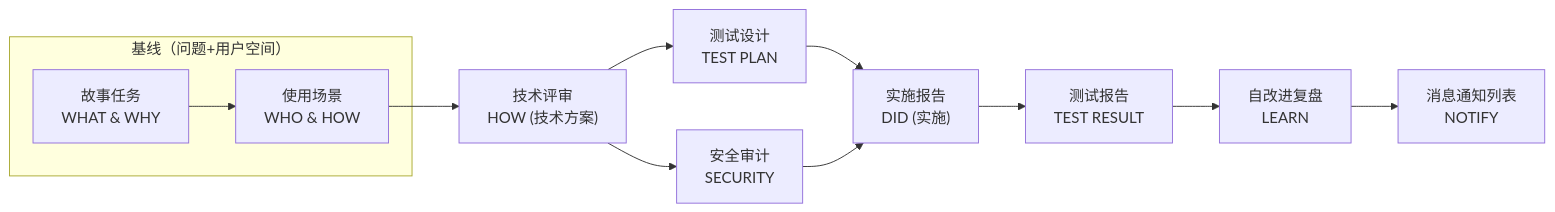
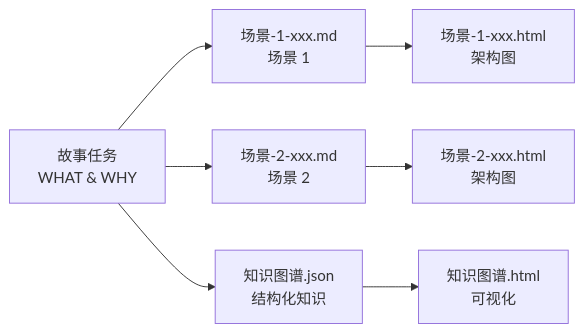
One commit to effiy/YrY changed the second of 7 diagrams in skills/rui/formulas.md. Above: the diagram before and after it, drawn with Mermaid. The commit also changed other lines of this file and 37 other files, not shown here.

````diff
--- a/skills/rui/formulas.md
+++ b/skills/rui/formulas.md
@@ -81,16 +69,9 @@
 ```mermaid
 flowchart LR
-    subgraph 基线["基线（问题+用户空间）"]
-        01["故事任务<br/>WHAT & WHY"]
-        02["使用场景<br/>WHO & HOW"]
-    end
-    01 --> 02
-    02 --> 03["技术评审<br/>HOW (技术方案)"]
-    03 --> 04["测试设计<br/>TEST PLAN"]
-    03 --> 05["安全审计<br/>SECURITY"]
-    04 --> 06["实施报告<br/>DID (实施)"]
-    05 --> 06
-    06 --> 07["测试报告<br/>TEST RESULT"]
-    07 --> 08["自改进复盘<br/>LEARN"]
-    08 --> 00["消息通知列表<br/>NOTIFY"]
+    01["故事任务<br/>WHAT & WHY"] --> 02["场景-1-xxx.md<br/>场景 1"]:::scene
+    01 --> 03["场景-2-xxx.md<br/>场景 2"]:::scene
+    02 --> 04["场景-1-xxx.html<br/>架构图"]:::arch
+    03 --> 05["场景-2-xxx.html<br/>架构图"]:::arch
+    01 --> 06["知识图谱.json<br/>结构化知识"]:::kg
+    06 --> 07["知识图谱.html<br/>可视化"]:::kg
 ```
````
